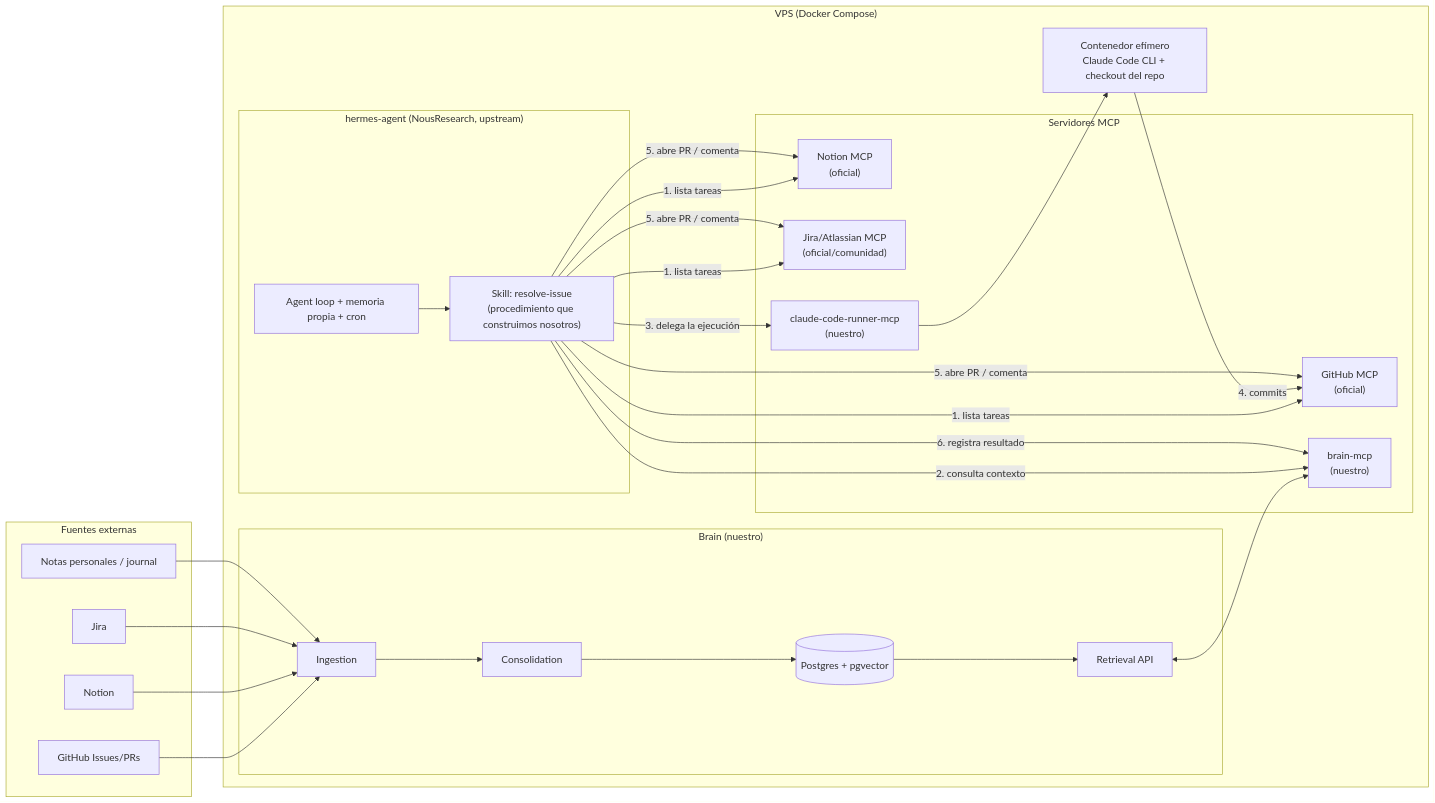
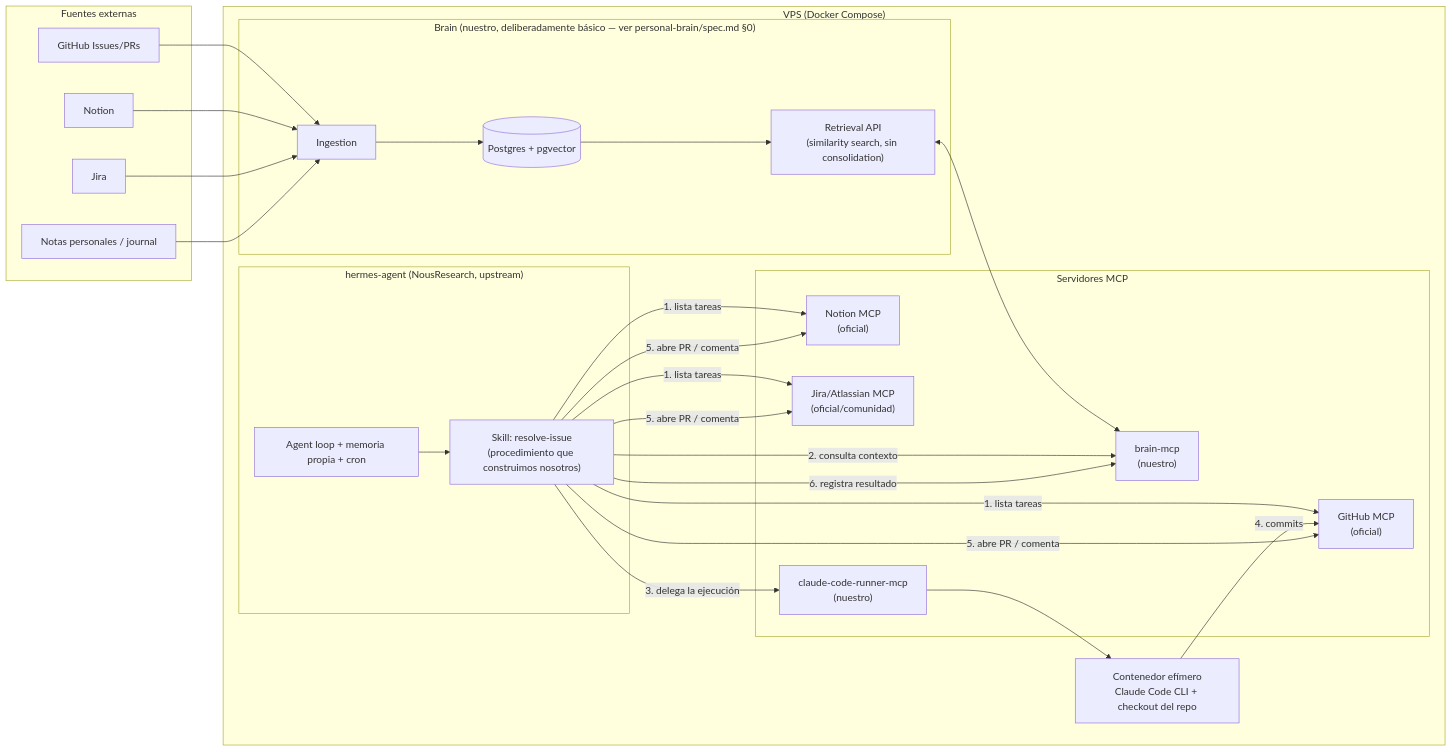
One commit to SantiDiana1/PersonalAI changed the diagram in docs/architecture.md. Above: the diagram before and after it, drawn with Mermaid. The commit also changed other lines of this file and 4 other files, not shown here.

````diff
--- a/docs/architecture.md
+++ b/docs/architecture.md
@@ -9,50 +9,49 @@
 ```mermaid
 flowchart LR
     subgraph Fuentes["Fuentes externas"]
         GH[GitHub Issues/PRs]
         NO[Notion]
         JI[Jira]
         NT[Notas personales / journal]
     end
 
     subgraph VPS["VPS (Docker Compose)"]
         subgraph HA["hermes-agent (NousResearch, upstream)"]
             LOOP["Agent loop + memoria propia + cron"]
             SKILL["Skill: resolve-issue<br/>(procedimiento que construimos nosotros)"]
         end
 
         subgraph MCPs["Servidores MCP"]
             GHMCP["GitHub MCP<br/>(oficial)"]
             NOMCP["Notion MCP<br/>(oficial)"]
             JIMCP["Jira/Atlassian MCP<br/>(oficial/comunidad)"]
             BMCP["brain-mcp<br/>(nuestro)"]
             CCMCP["claude-code-runner-mcp<br/>(nuestro)"]
         end
 
-        subgraph BrainSvc["Brain (nuestro)"]
+        subgraph BrainSvc["Brain (nuestro, deliberadamente básico — ver personal-brain/spec.md §0)"]
             ING[Ingestion]
-            CON[Consolidation]
-            RET[Retrieval API]
+            RET["Retrieval API<br/>(similarity search, sin consolidation)"]
             DB[(Postgres + pgvector)]
         end
 
         RUN["Contenedor efímero<br/>Claude Code CLI + checkout del repo"]
     end
 
     GH --> ING
     NO --> ING
     JI --> ING
     NT --> ING
-    ING --> CON --> DB
+    ING --> DB
     DB --> RET
     RET <--> BMCP
 
     LOOP --> SKILL
     SKILL -->|1. lista tareas| GHMCP & NOMCP & JIMCP
     SKILL -->|2. consulta contexto| BMCP
     SKILL -->|3. delega la ejecución| CCMCP
     CCMCP --> RUN
     RUN -->|4. commits| GHMCP
     SKILL -->|5. abre PR / comenta| GHMCP & NOMCP & JIMCP
     SKILL -->|6. registra resultado| BMCP
 ```
````
